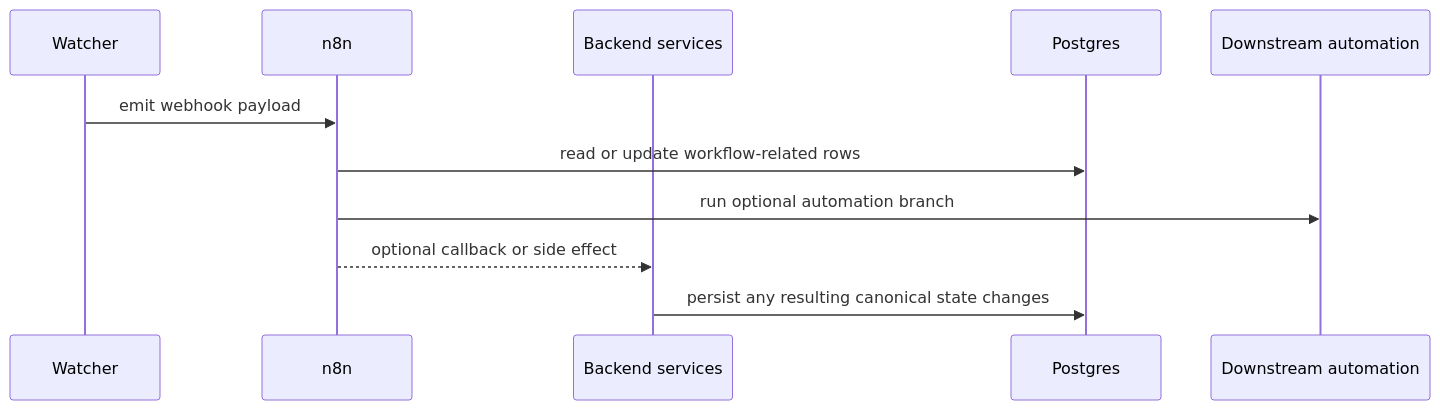
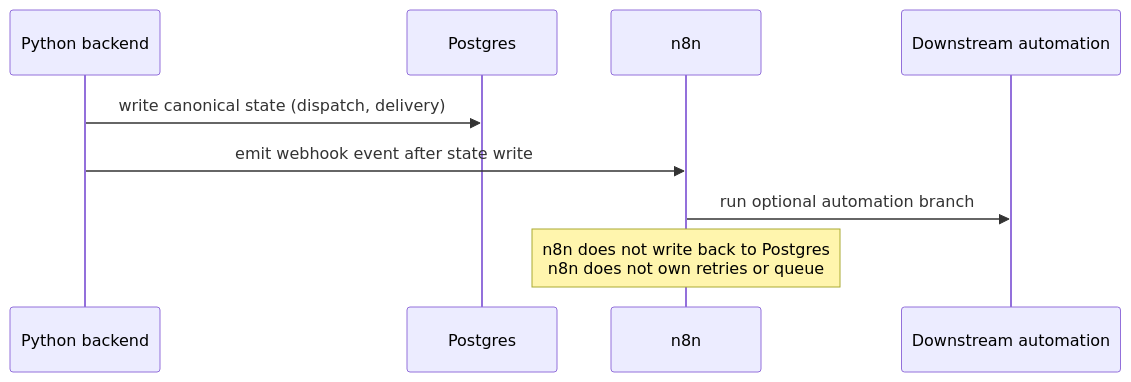
The eighth of 9 diagrams in docs/promptforge-system-architecture.md (ngallodev-software/stt-n8n-promptbuilder), drawn with Mermaid before and after one commit. The commit also changed other lines of this file and 27 other files, not shown here.

````diff
--- a/docs/promptforge-system-architecture.md
+++ b/docs/promptforge-system-architecture.md
@@ -342,14 +272,12 @@
 ```mermaid
 sequenceDiagram
-  participant W as Watcher
+  participant S as Python backend
+  participant P as Postgres
   participant N as n8n
-  participant S as Backend services
-  participant P as Postgres
   participant T as Downstream automation
 
-  W->>N: emit webhook payload
-  N->>P: read or update workflow-related rows
+  S->>P: write canonical state (dispatch, delivery)
+  S->>N: emit webhook event after state write
   N->>T: run optional automation branch
-  N-->>S: optional callback or side effect
-  S->>P: persist any resulting canonical state changes
+  Note over N: n8n does not write back to Postgres<br/>n8n does not own retries or queue
 ```
````
